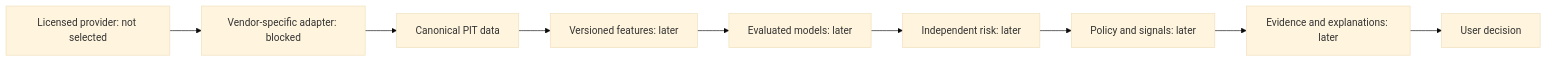
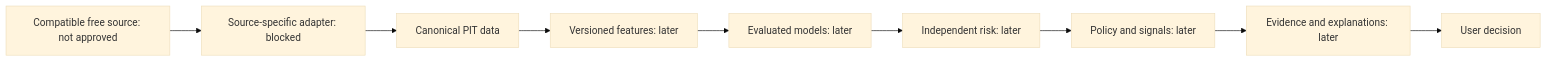
Before and after one commit to Bhavi123-hacker/AlphaLens: the diagram in docs/architecture/system-boundaries.md, drawn with Mermaid (base theme). The commit also changed other lines of this file and 13 other files, not shown here.

````diff
--- a/docs/architecture/system-boundaries.md
+++ b/docs/architecture/system-boundaries.md
@@ -6,11 +6,11 @@
 ```mermaid
 flowchart LR
-    P[Licensed provider: not selected] --> A[Vendor-specific adapter: blocked]
+    P[Compatible free source: not approved] --> A[Source-specific adapter: blocked]
     A --> D[Canonical PIT data]
     D --> F[Versioned features: later]
     F --> M[Evaluated models: later]
     M --> R[Independent risk: later]
     R --> Q[Policy and signals: later]
     Q --> E[Evidence and explanations: later]
     E --> U[User decision]
 ```
````
